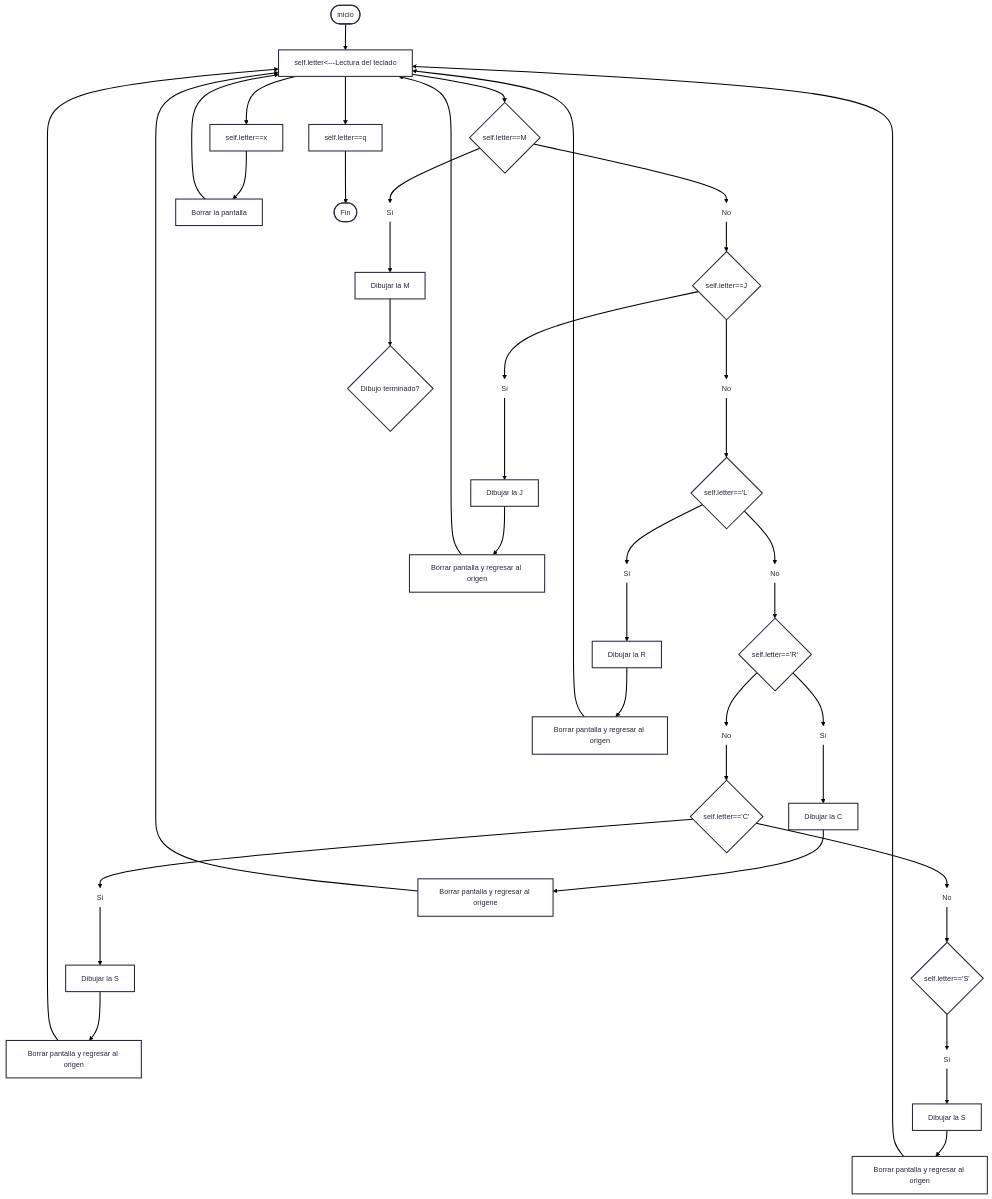
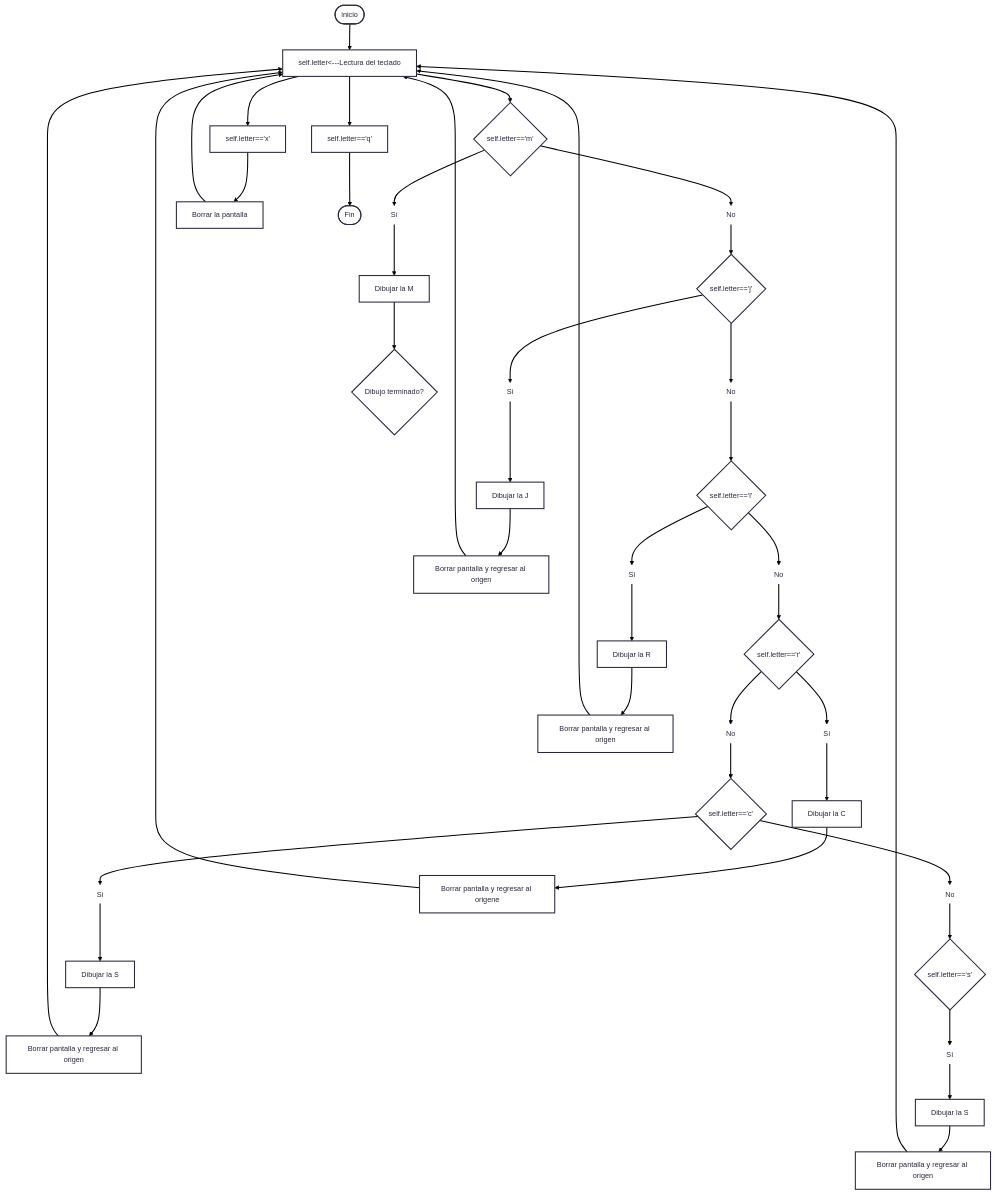
Before and after one commit to MrBrightside8/Laboratorio_No.01_Robotica_de_Desarrollo_Intro_a_ROS_2_Humble_Turtlesim: the second of 2 diagrams in README.md, drawn with Mermaid.

````diff
--- a/README.md
+++ b/README.md
@@ -242,58 +242,58 @@
 ```mermaid
 ---
 config:
   theme: redux
 ---
 flowchart TD
     A(["inicio"]) --> n1["self.letter&lt;---Lectura del teclado"]
-    n1 --> B{"self.letter==M"} & n39["self.letter==x"] & n41["self.letter==q"]
+    n1 --> B{"self.letter=='m'"} & n39["self.letter=='x'"] & n41["self.letter=='q'"]
     B --> n2["Sí"] & n3["No"]
     n2 --> C["Dibujar la M"]
-    n3 --> n4["self.letter==J"]
+    n3 --> n4["self.letter=='j'"]
     n4 --> n7["Sí"] & n8["No"]
     n7 --> n18["Dibujar la J"]
-    n8 --> n15@{ label: "self.letter=='L'" }
+    n8 --> n15@{ label: "self.letter=='l'" }
     n15 --> n9["Sí"] & n13["No"]
     n9 --> n19["Dibujar la R"]
-    n13 --> n16@{ label: "self.letter=='R'" }
+    n13 --> n16@{ label: "self.letter=='r'" }
     n16 --> n10["Sí"] & n14["No"]
     n10 --> n20["Dibujar la C"]
-    n14 --> n17@{ label: "self.letter=='C'" }
+    n14 --> n17@{ label: "self.letter=='c'" }
     n17 --> n11["Sí"] & n21["No"]
     n11 --> n22["Dibujar la S"]
-    n21 --> n23@{ label: "self.letter=='S'" }
+    n21 --> n23@{ label: "self.letter=='s'" }
     C --> n24["Dibujo terminado?"]
     n18 --> n31["Borrar pantalla y regresar al origen"]
     n31 --> n1
     n19 --> n32["Borrar pantalla y regresar al origen"]
     n32 --> n1
     n20 --> n33["Borrar pantalla y regresar al origene"]
     n33 --> n1
     n22 --> n34["Borrar pantalla y regresar al origen"]
     n34 --> n1
     n23 --> n35["Sí"]
     n35 --> n36["Dibujar la S"]
     n36 --> n37["Borrar pantalla y regresar al origen"]
     n37 --> n1
     n39 --> n40["Borrar la pantalla"]
     n40 --> n1
     n41 --> n42(["Fin"])
     n1@{ shape: rect}
     n2@{ shape: text}
     n3@{ shape: text}
     n4@{ shape: diam}
     n7@{ shape: text}
     n8@{ shape: text}
     n15@{ shape: diam}
     n9@{ shape: text}
     n13@{ shape: text}
     n16@{ shape: diam}
     n10@{ shape: text}
     n14@{ shape: text}
     n17@{ shape: diam}
     n11@{ shape: text}
     n21@{ shape: text}
     n23@{ shape: diam}
     n24@{ shape: diam}
     n35@{ shape: text}
 ```
````
